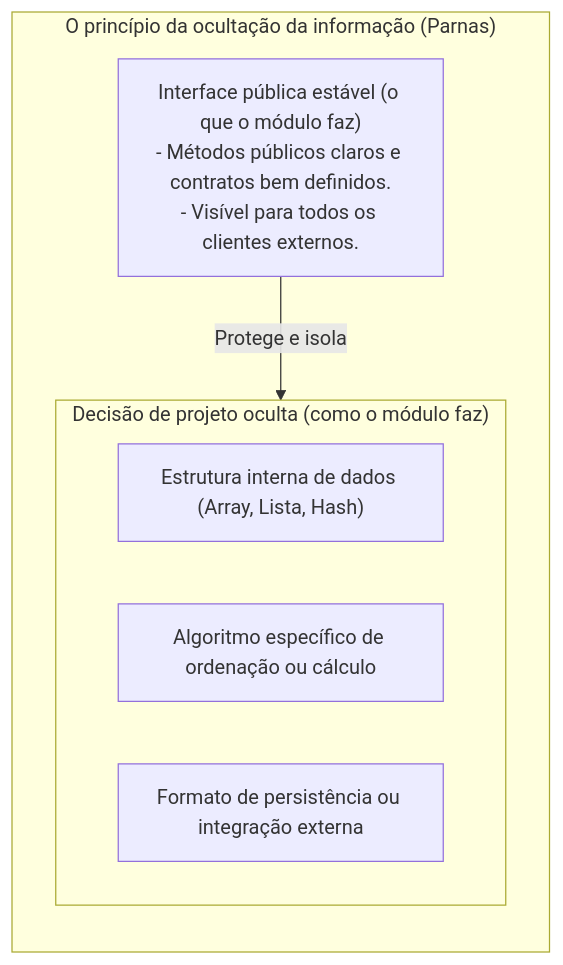
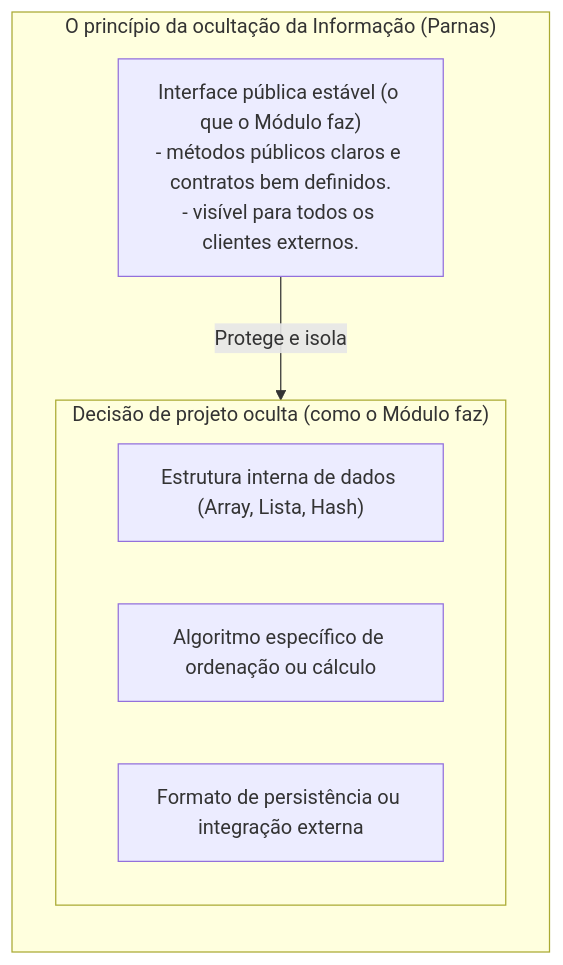
Before and after one commit to leorruas/puc: the first of 4 diagrams in 01. Programacao Modular/11. Princípio da ocultação da informação (information hiding e encapsulamento).md, drawn with Mermaid. The commit also changed other lines of this file and 10 other files, not shown here.

````diff
--- a/01. Programacao Modular/11. Princípio da ocultação da informação (information hiding e encapsulamento).md
+++ b/01. Programacao Modular/11. Princípio da ocultação da informação (information hiding e encapsulamento).md
@@ -50,15 +59,15 @@
 ```mermaid
 flowchart TD
-    subgraph OcultacaoParnas ["O princípio da ocultação da informação (Parnas)"]
+    subgraph OcultacaoParnas ["O princípio da ocultação da Informação (Parnas)"]
         direction TB
-        Publico["Interface pública estável (o que o módulo faz)<br>- Métodos públicos claros e contratos bem definidos.<br>- Visível para todos os clientes externos."]
-        
-        subgraph Segredo ["Decisão de projeto oculta (como o módulo faz)"]
+        Publico["Interface pública estável (o que o Módulo faz)<br>- métodos públicos claros e contratos bem definidos.<br>- visível para todos os clientes externos."]
+
+        subgraph Segredo ["Decisão de projeto oculta (como o Módulo faz)"]
             Priv1["Estrutura interna de dados (Array, Lista, Hash)"]
             Priv2["Algoritmo específico de ordenação ou cálculo"]
             Priv3["Formato de persistência ou integração externa"]
         end
 
         Publico -->|Protege e isola| Segredo
     end
 ```
````
